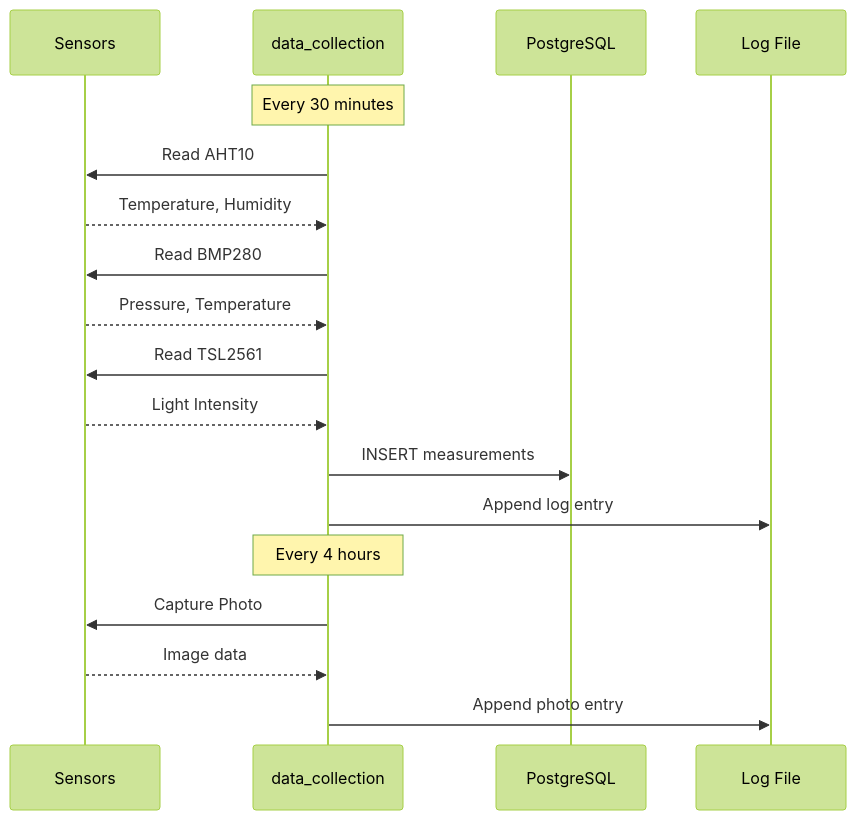
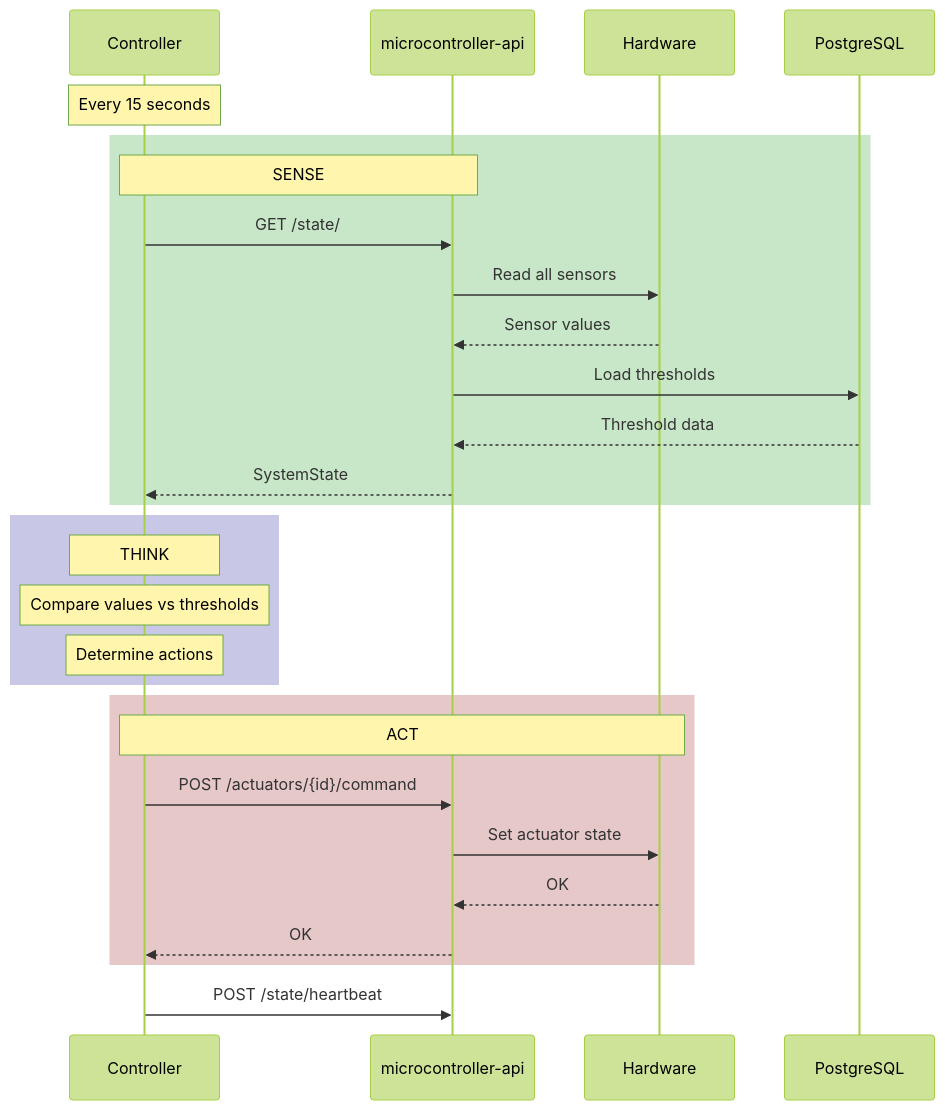
The fifth of 6 diagrams in docs/architecture/diagrams.md (GreenThumbProject/docs), drawn with Mermaid (forest theme) before and after one commit. The commit also changed other lines of this file and 17 other files, not shown here.

````diff
--- a/docs/architecture/diagrams.md
+++ b/docs/architecture/diagrams.md
@@ -159,22 +186,35 @@
 ```mermaid
 sequenceDiagram
-    participant S as Sensors
-    participant DC as data_collection
+    participant CTRL as Controller
+    participant API as microcontroller-api
+    participant HW as Hardware
     participant DB as PostgreSQL
-    participant LOG as Log File
     
-    Note over DC: Every 30 minutes
-    DC->>S: Read AHT10
-    S-->>DC: Temperature, Humidity
-    DC->>S: Read BMP280
-    S-->>DC: Pressure, Temperature
-    DC->>S: Read TSL2561
-    S-->>DC: Light Intensity
-    DC->>DB: INSERT measurements
-    DC->>LOG: Append log entry
+    Note over CTRL: Every 15 seconds
     
-    Note over DC: Every 4 hours
-    DC->>S: Capture Photo
-    S-->>DC: Image data
-    DC->>LOG: Append photo entry
+    rect rgb(200, 230, 200)
+        Note over CTRL,API: SENSE
+        CTRL->>API: GET /state/
+        API->>HW: Read all sensors
+        HW-->>API: Sensor values
+        API->>DB: Load thresholds
+        DB-->>API: Threshold data
+        API-->>CTRL: SystemState
+    end
+    
+    rect rgb(200, 200, 230)
+        Note over CTRL: THINK
+        Note over CTRL: Compare values vs thresholds
+        Note over CTRL: Determine actions
+    end
+    
+    rect rgb(230, 200, 200)
+        Note over CTRL,HW: ACT
+        CTRL->>API: POST /actuators/{id}/command
+        API->>HW: Set actuator state
+        HW-->>API: OK
+        API-->>CTRL: OK
+    end
+    
+    CTRL->>API: POST /state/heartbeat
 ```
````
